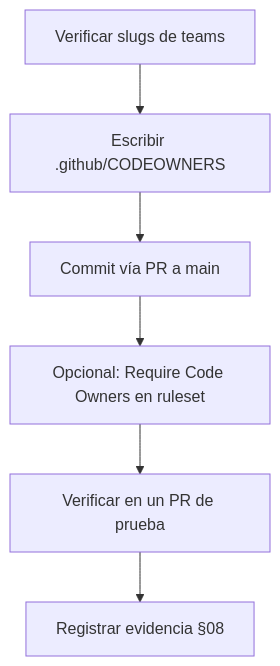
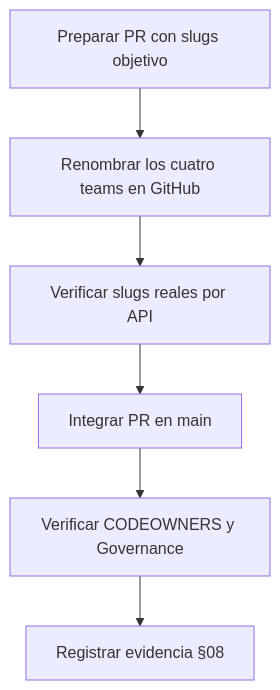
Before and after one commit to EQ-LABS-TECH/ee-monorepo: the diagram in docs/developer/EE-IMP-007-P04_CODEOWNERS_and_Ownership.md, drawn with Mermaid. The commit also changed other lines of this file and 31 other files, not shown here.

Commit message:
chore(governance): prepare GitHub team slug migration (#57)

````diff
--- a/docs/developer/EE-IMP-007-P04_CODEOWNERS_and_Ownership.md
+++ b/docs/developer/EE-IMP-007-P04_CODEOWNERS_and_Ownership.md
@@ -205,8 +205,8 @@
 ```mermaid
 flowchart TD
-    A["Verificar slugs de teams"] --> B["Escribir .github/CODEOWNERS"]
-    B --> C["Commit vía PR a main"]
-    C --> D["Opcional: Require Code Owners en ruleset"]
-    D --> E["Verificar en un PR de prueba"]
+    A["Preparar PR con slugs objetivo"] --> B["Renombrar los cuatro teams en GitHub"]
+    B --> C["Verificar slugs reales por API"]
+    C --> D["Integrar PR en main"]
+    D --> E["Verificar CODEOWNERS y Governance"]
     E --> F["Registrar evidencia §08"]
 ```
````
